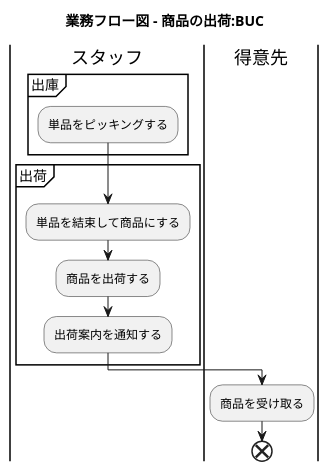
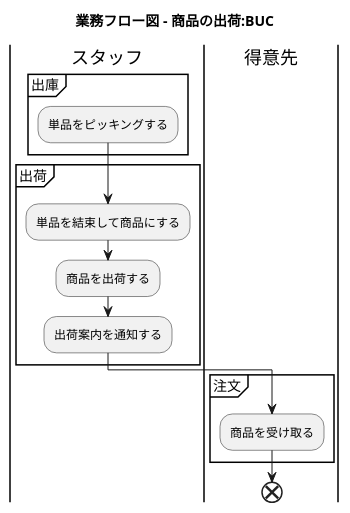
Before and after one commit to k2works/application_programing_excercise_2022: diagram 12 of 49 in docs/index.adoc, drawn with PlantUML. The commit also changed other lines of this file, not shown here.

```diff
--- a/docs/index.adoc
+++ b/docs/index.adoc
@@ -455,22 +457,24 @@
 [plantuml]
 ----
 @startuml
 
 title 業務フロー図 - 商品の出荷:BUC
 
 |スタッフ|
 partition 出庫 {
     :単品をピッキングする;
 }
 partition 出荷 {
     :単品を結束して商品にする;
     :商品を出荷する;
     :出荷案内を通知する;
 }
+partition 注文 {
 |得意先|
 :商品を受け取る;
+}
 
 end
 
 @enduml
 ----
```
